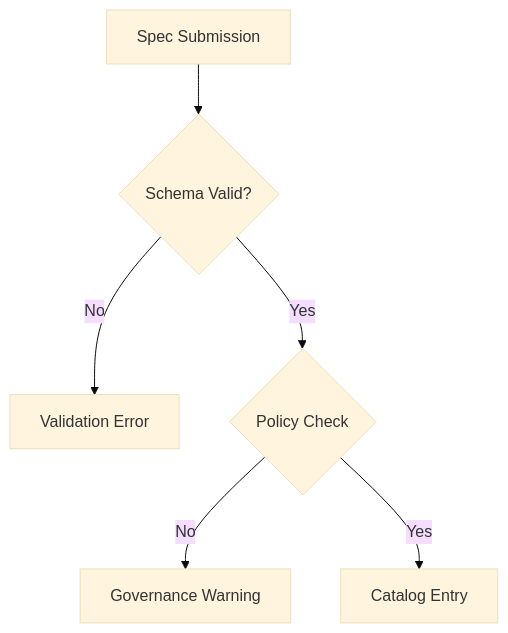
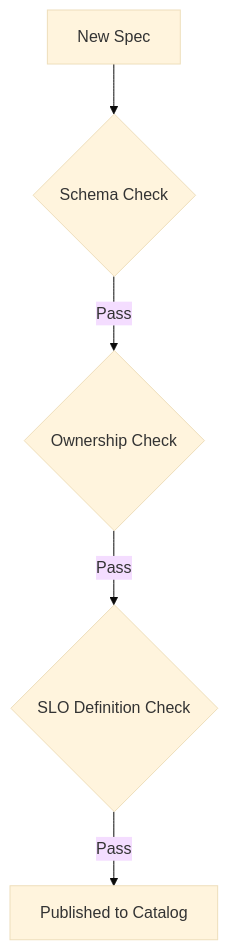
One commit to Devopstrio/service-catalog-spec changed the sixth of 11 diagrams in README.md. Above: the diagram before and after it, drawn with Mermaid (base theme). The commit also changed other lines of this file, not shown here.

Commit message:
docs: implement 11+ professional architecture diagrams for service catalog spec platform

````diff
--- a/README.md
+++ b/README.md
@@ -83,8 +151,7 @@
 ```mermaid
 graph TD
-    Submit[Spec Submission] --> Schema{Schema Valid?}
-    Schema -->|No| Reject[Validation Error]
-    Schema -->|Yes| Policy{Policy Check}
-    Policy -->|No| Warn[Governance Warning]
-    Policy -->|Yes| Pass[Catalog Entry]
+    Submit["New Spec"] --> S1{"Schema Check"}
+    S1 -->|Pass| S2{"Ownership Check"}
+    S2 -->|Pass| S3{"SLO Definition Check"}
+    S3 -->|Pass| Registry["Published to Catalog"]
 ```
````
